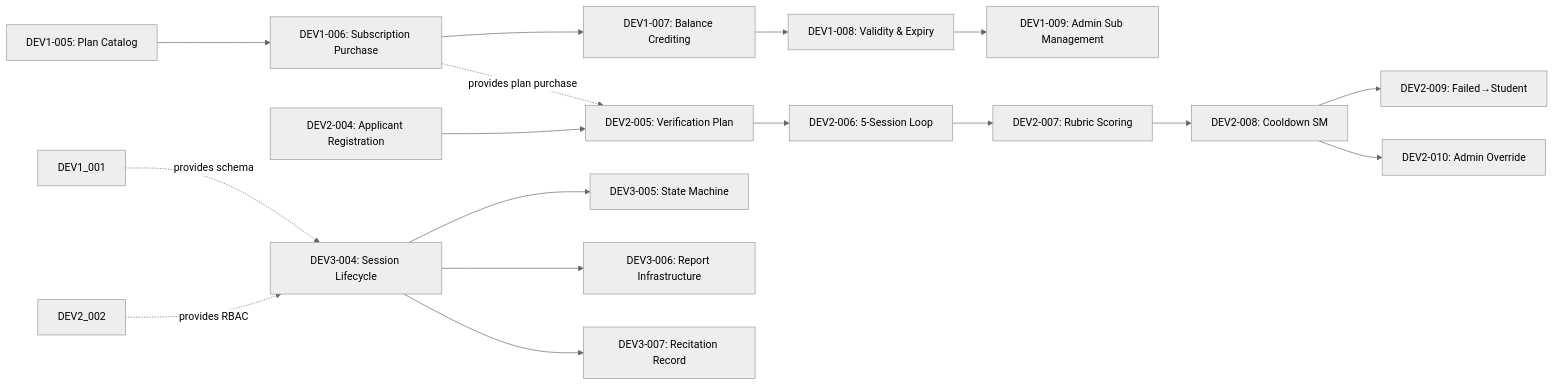
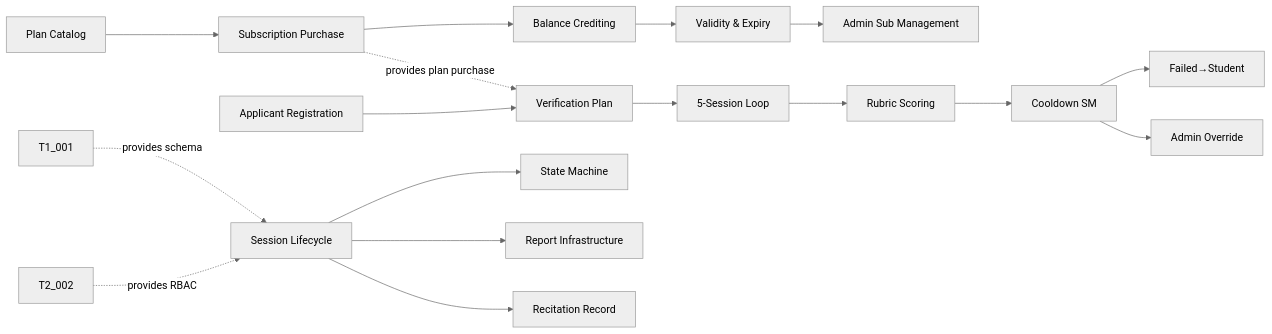
One commit to kottaby/kottaby changed the second of 5 diagrams in docs/planning/SPRINT_PLAN.md. Above: the diagram before and after it, drawn with Mermaid (neutral theme). The commit also changed other lines of this file and 515 other files, not shown here.

````diff
--- a/docs/planning/SPRINT_PLAN.md
+++ b/docs/planning/SPRINT_PLAN.md
@@ -133,22 +133,22 @@
 ```mermaid
 graph LR
-    DEV1_005[DEV1-005: Plan Catalog] --> DEV1_006[DEV1-006: Subscription Purchase]
-    DEV1_006 --> DEV1_007[DEV1-007: Balance Crediting]
-    DEV1_007 --> DEV1_008[DEV1-008: Validity & Expiry]
-    DEV1_008 --> DEV1_009[DEV1-009: Admin Sub Management]
+    T1_005[Plan Catalog] --> T1_006[Subscription Purchase]
+    T1_006 --> T1_007[Balance Crediting]
+    T1_007 --> T1_008[Validity & Expiry]
+    T1_008 --> T1_009[Admin Sub Management]
 
-    DEV2_004[DEV2-004: Applicant Registration] --> DEV2_005[DEV2-005: Verification Plan]
-    DEV2_005 --> DEV2_006[DEV2-006: 5-Session Loop]
-    DEV2_006 --> DEV2_007[DEV2-007: Rubric Scoring]
-    DEV2_007 --> DEV2_008[DEV2-008: Cooldown SM]
-    DEV2_008 --> DEV2_009[DEV2-009: Failed→Student]
-    DEV2_008 --> DEV2_010[DEV2-010: Admin Override]
+    T2_004[Applicant Registration] --> T2_005[Verification Plan]
+    T2_005 --> T2_006[5-Session Loop]
+    T2_006 --> T2_007[Rubric Scoring]
+    T2_007 --> T2_008[Cooldown SM]
+    T2_008 --> T2_009[Failed→Student]
+    T2_008 --> T2_010[Admin Override]
 
-    DEV3_004[DEV3-004: Session Lifecycle] --> DEV3_005[DEV3-005: State Machine]
-    DEV3_004 --> DEV3_006[DEV3-006: Report Infrastructure]
-    DEV3_004 --> DEV3_007[DEV3-007: Recitation Record]
+    T3_004[Session Lifecycle] --> T3_005[State Machine]
+    T3_004 --> T3_006[Report Infrastructure]
+    T3_004 --> T3_007[Recitation Record]
 
-    DEV1_006 -.->|provides plan purchase| DEV2_005
-    DEV1_001 -.->|provides schema| DEV3_004
-    DEV2_002 -.->|provides RBAC| DEV3_004
+    T1_006 -.->|provides plan purchase| T2_005
+    T1_001 -.->|provides schema| T3_004
+    T2_002 -.->|provides RBAC| T3_004
 ```
````
